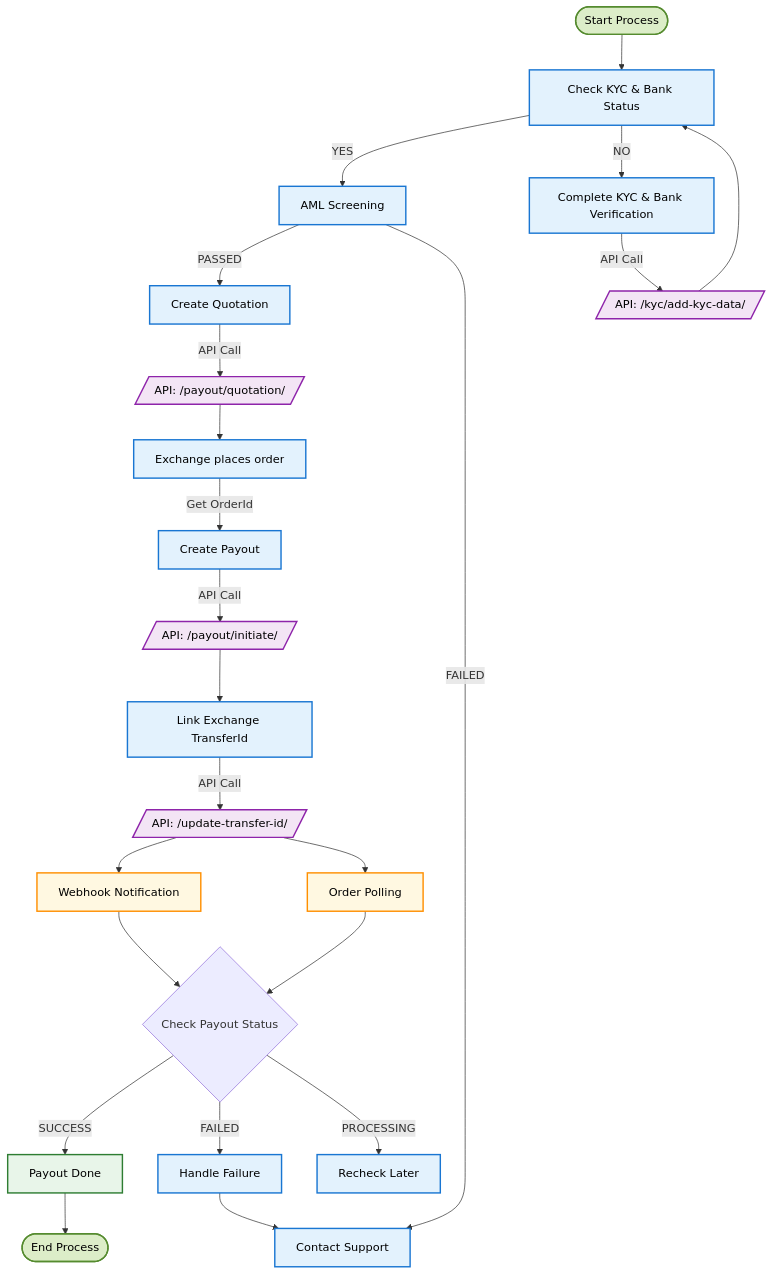
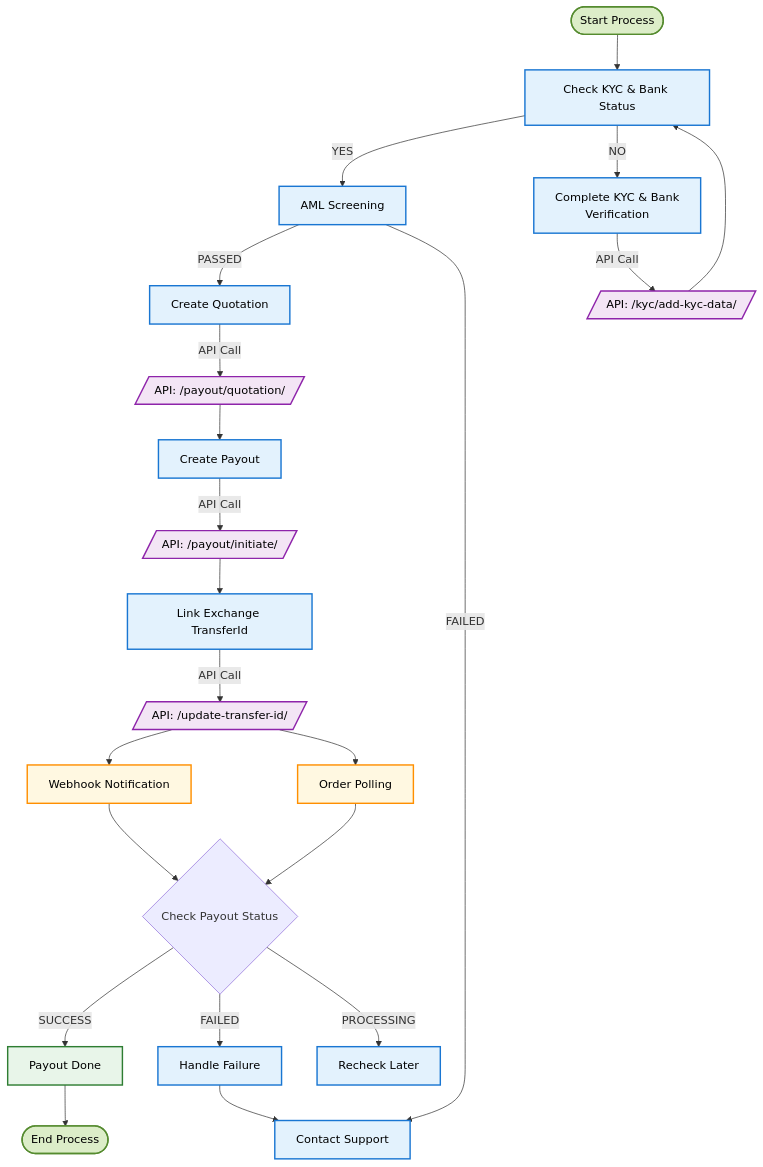
One commit to DollarPe-Infra/docs changed the first of 2 diagrams in api-reference-exchange/integration-guides/payout-integration-guide.mdx. Above: the diagram before and after it, drawn with Mermaid. The commit also changed other lines of this file and 7 other files, not shown here.

````diff
--- a/api-reference-exchange/integration-guides/payout-integration-guide.mdx
+++ b/api-reference-exchange/integration-guides/payout-integration-guide.mdx
@@ -45,47 +44,47 @@
 ```mermaid
 flowchart TD
     Start([Start Process]) --> CheckKYC["Check KYC & Bank Status"]
     CheckKYC -->|YES| AMLScreening["AML Screening"]
-    CheckKYC -->|NO| AddKYC["Complete KYC & Bank Verification"]
+    CheckKYC -->|NO| AddKYC["Complete KYC & Bank 
+    Verification"]
 
     AddKYC -->|API Call| KycAPI[/"API: /kyc/add-kyc-data/"/]
     KycAPI --> CheckKYC
 
-    AMLScreening -->|PASSED| CreateQuote["Create Quotation"]
-    AMLScreening -->|FAILED| ContactSupport["Contact Support"]
+    AMLScreening -->|PASSED| CreateQuote[Create Quotation]
+    AMLScreening -->|FAILED| ContactSupport[Contact Support]
 
     CreateQuote -->|API Call| QuoteAPI[/"API: /payout/quotation/"/]
-    QuoteAPI --> PlaceOrder["Exchange places order"]
-    PlaceOrder -->|Get OrderId| InitiatePayout["Create Payout"]
+    QuoteAPI --> InitiatePayout["Create Payout"]
 
     InitiatePayout -->|API Call| PayoutAPI[/"API: /payout/initiate/"/]
     PayoutAPI --> LinkTransfer["Link Exchange TransferId"]
 
     LinkTransfer -->|API Call| LinkAPI[/"API: /update-transfer-id/"/]
     LinkAPI --> WebhookNotification["Webhook Notification"]
     LinkAPI --> PollStatus["Order Polling"]
 
     WebhookNotification --> PayoutStatus{"Check Payout Status"}
     PollStatus --> PayoutStatus
 
     PayoutStatus -->|SUCCESS| PayoutDone["Payout Done"]
     PayoutStatus -->|FAILED| HandleFail["Handle Failure"]
     PayoutStatus -->|PROCESSING| WaitRetry["Recheck Later"]
 
     HandleFail --> ContactSupport
     PayoutDone --> End([End Process])
 
     classDef startEndNode fill:#dcedc8,stroke:#558b2f,stroke-width:2px,color:#000
     classDef mainNode fill:#e3f2fd,stroke:#1976d2,stroke-width:2px,color:#000
     classDef apiNode fill:#f3e5f5,stroke:#8e24aa,stroke-width:2px,color:#000
     classDef stateNode fill:#e8f5e9,stroke:#2e7d32,stroke-width:2px,color:#000
     classDef failureNode fill:#ffebee,stroke:#c62828,stroke-width:2px,color:#000
     classDef waitNode fill:#fff8e1,stroke:#ff8f00,stroke-width:2px,color:#000
 
     class Start,End startEndNode
-    class CheckKYC,AddKYC,AMLScreening,CreateQuote,PlaceOrder,InitiatePayout,LinkTransfer,HandleFail,ContactSupport,WaitRetry mainNode
+    class CheckKYC,AddKYC,AMLScreening,CreateQuote,InitiatePayout,LinkTransfer,HandleFail,ContactSupport,WaitRetry mainNode
     class KycAPI,QuoteAPI,PayoutAPI,LinkAPI apiNode
     class WebhookNotification,PollStatus waitNode
     class PayoutDone stateNode
     class PayoutStatus decision
 ```
````
